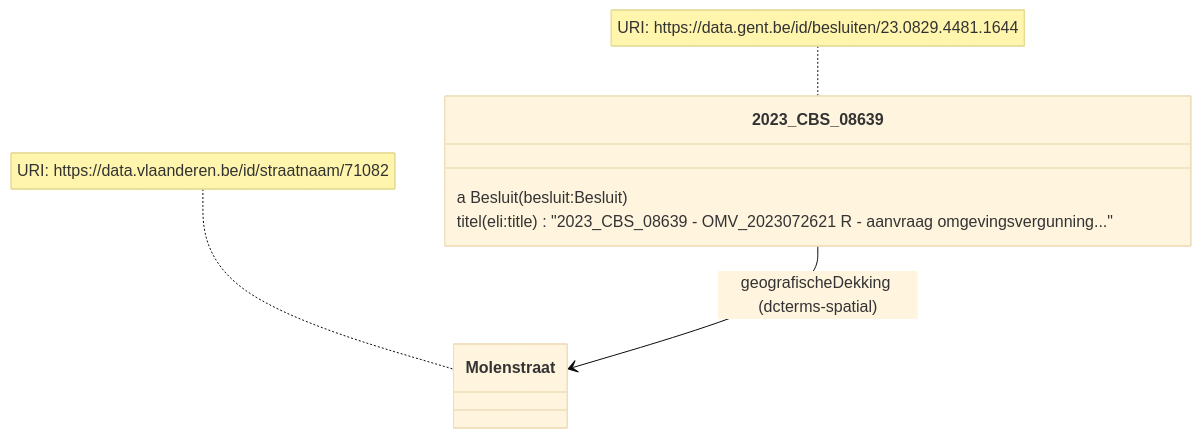
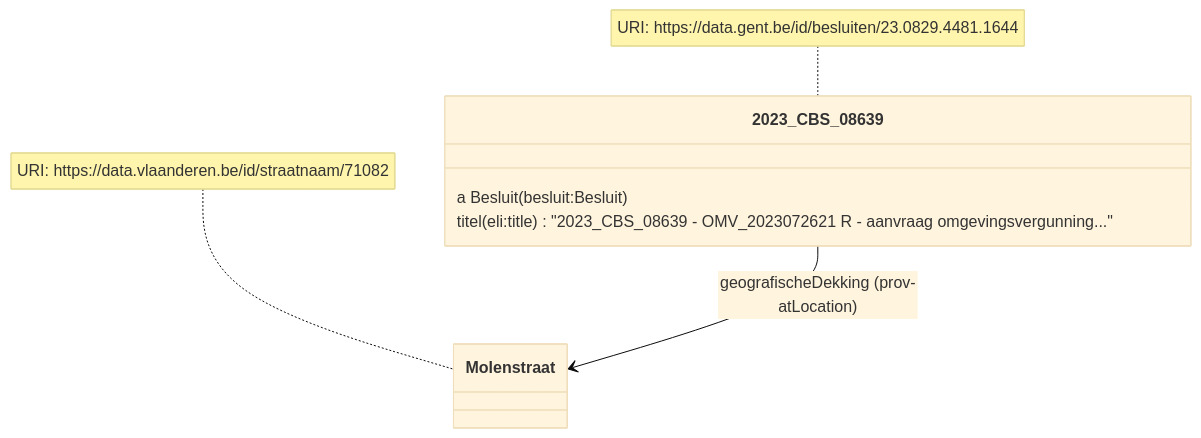
One commit to Informatievlaanderen/OSLOthema-slimmeRaadpleegOmgeving changed the first of 15 diagrams in README.md. Above: the diagram before and after it, drawn with Mermaid (base theme). The commit also changed other lines of this file, not shown here.

Commit message:
Update straatnaam example with prov:atLocation

````diff
--- a/README.md
+++ b/README.md
@@ -23,12 +23,12 @@
 ```mermaid
 classDiagram
-    2023_CBS_08639 --> Molenstraat: geografischeDekking (dcterms-spatial)
+    2023_CBS_08639 --> Molenstraat: geografischeDekking (prov-atLocation)
     note for 2023_CBS_08639 "URI: https://data.gent.be/id/besluiten/23.0829.4481.1644"
     note for Molenstraat "URI: https://data.vlaanderen.be/id/straatnaam/71082"
     class 2023_CBS_08639 {
       a Besluit (besluit:Besluit)
       titel (eli:title) "2023_CBS_08639 - OMV_2023072621 R - aanvraag omgevingsvergunning..."
     }
     class Molenstraat {
     }
 ```
````
